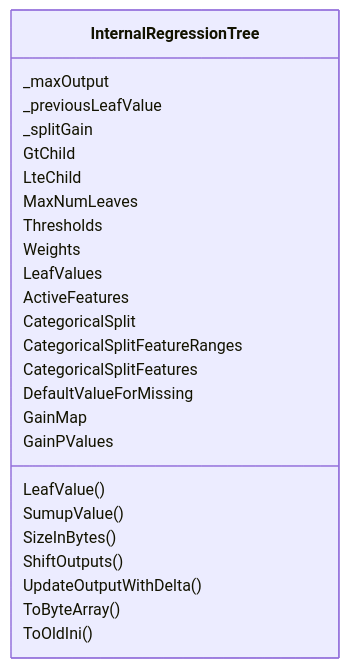
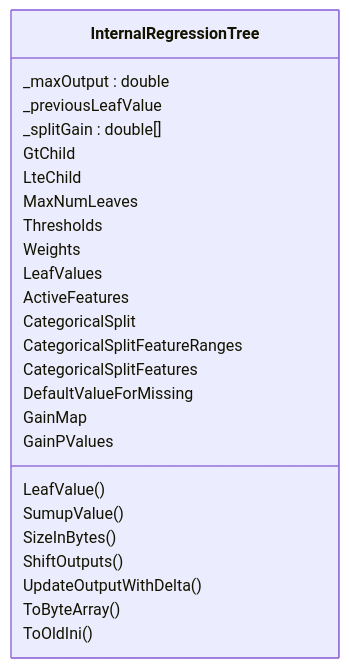
One commit to rgesteve/mlnetarchdiagrams changed the diagram in class_fasttree.mmd. Above: the diagram before and after it, drawn with Mermaid. The commit also changed 1 other file, not shown here.

```diff
--- a/class_fasttree.mmd
+++ b/class_fasttree.mmd
@@ -1,26 +1,26 @@
 classDiagram 
     class InternalRegressionTree {
-        _maxOutput
+        _maxOutput : double
         _previousLeafValue
-        _splitGain
+        _splitGain : double[]
         GtChild
         LteChild
         MaxNumLeaves
         Thresholds
         Weights
         LeafValues
         ActiveFeatures
         CategoricalSplit
         CategoricalSplitFeatureRanges
         CategoricalSplitFeatures
         DefaultValueForMissing
         GainMap 
         GainPValues
         LeafValue()
         SumupValue()
         SizeInBytes()
         ShiftOutputs()
         UpdateOutputWithDelta()
         ToByteArray()
         ToOldIni()
     }
```
